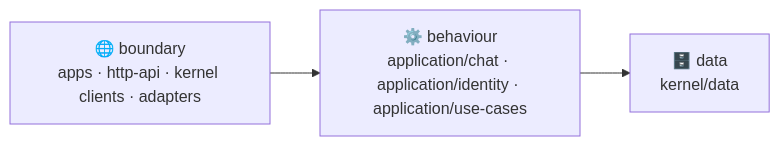
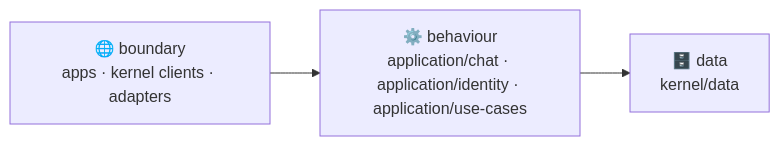
One commit to khotei/app-template changed the second of 3 diagrams in README.md. Above: the diagram before and after it, drawn with Mermaid. The commit also changed other lines of this file and 58 other files, not shown here.

````diff
--- a/README.md
+++ b/README.md
@@ -118,5 +117,5 @@
 ```mermaid
 graph LR
-  B["🌐 boundary<br/>apps · http-api · kernel clients · adapters"] --> M["⚙️ behaviour<br/>application/chat · application/identity · application/use-cases"]
+  B["🌐 boundary<br/>apps · kernel clients · adapters"] --> M["⚙️ behaviour<br/>application/chat · application/identity · application/use-cases"]
   M --> D["🗄️ data<br/>kernel/data"]
 ```
````
